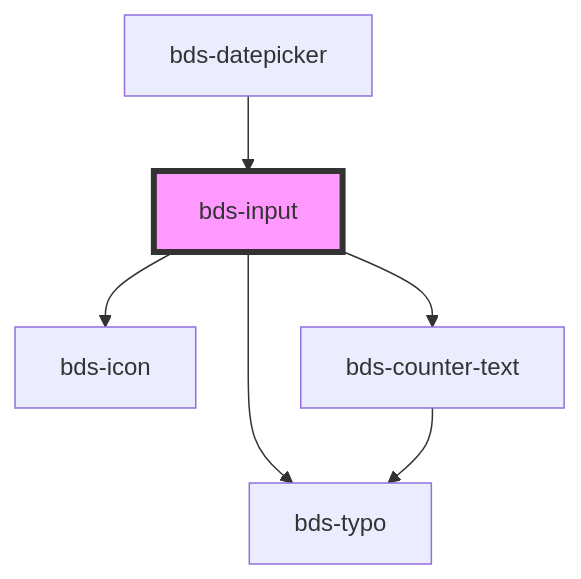
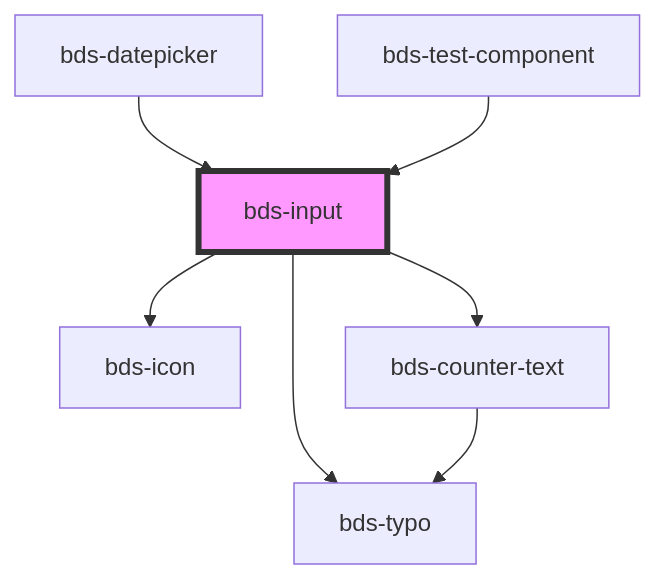
One commit to takenet/blip-ds changed the diagram in src/components/input/readme.md. Above: the diagram before and after it, drawn with Mermaid. The commit also changed other lines of this file and 73 other files, not shown here.

````diff
--- a/src/components/input/readme.md
+++ b/src/components/input/readme.md
@@ -136,9 +137,10 @@
 ```mermaid
 graph TD;
   bds-input --> bds-icon
   bds-input --> bds-typo
   bds-input --> bds-counter-text
   bds-counter-text --> bds-typo
   bds-datepicker --> bds-input
+  bds-test-component --> bds-input
   style bds-input fill:#f9f,stroke:#333,stroke-width:4px
 ```
````
